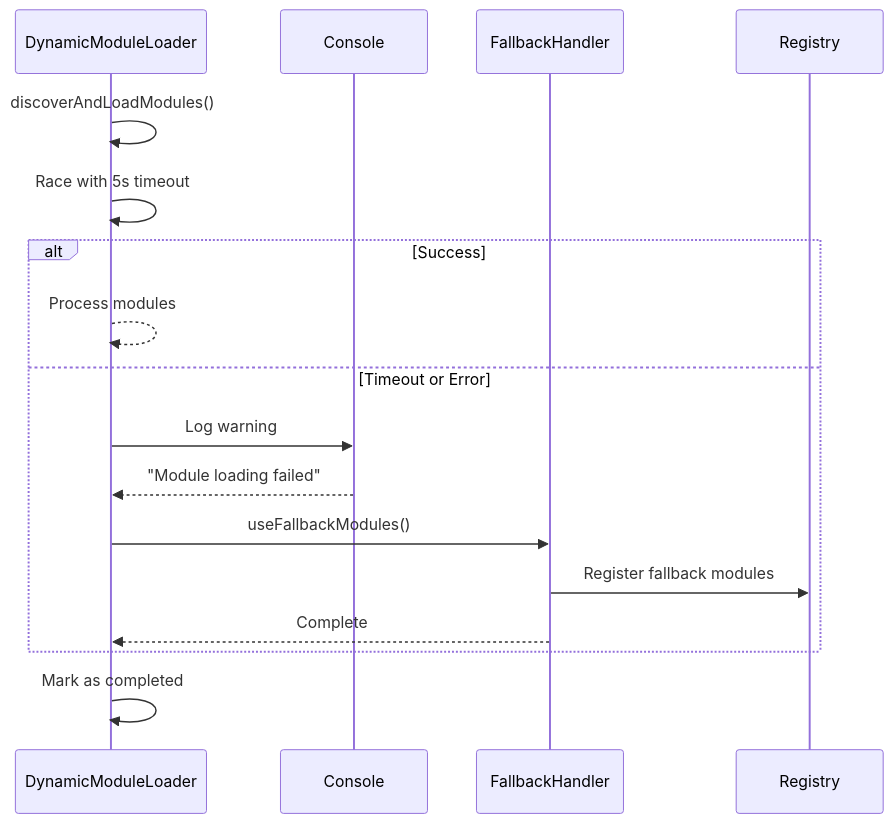
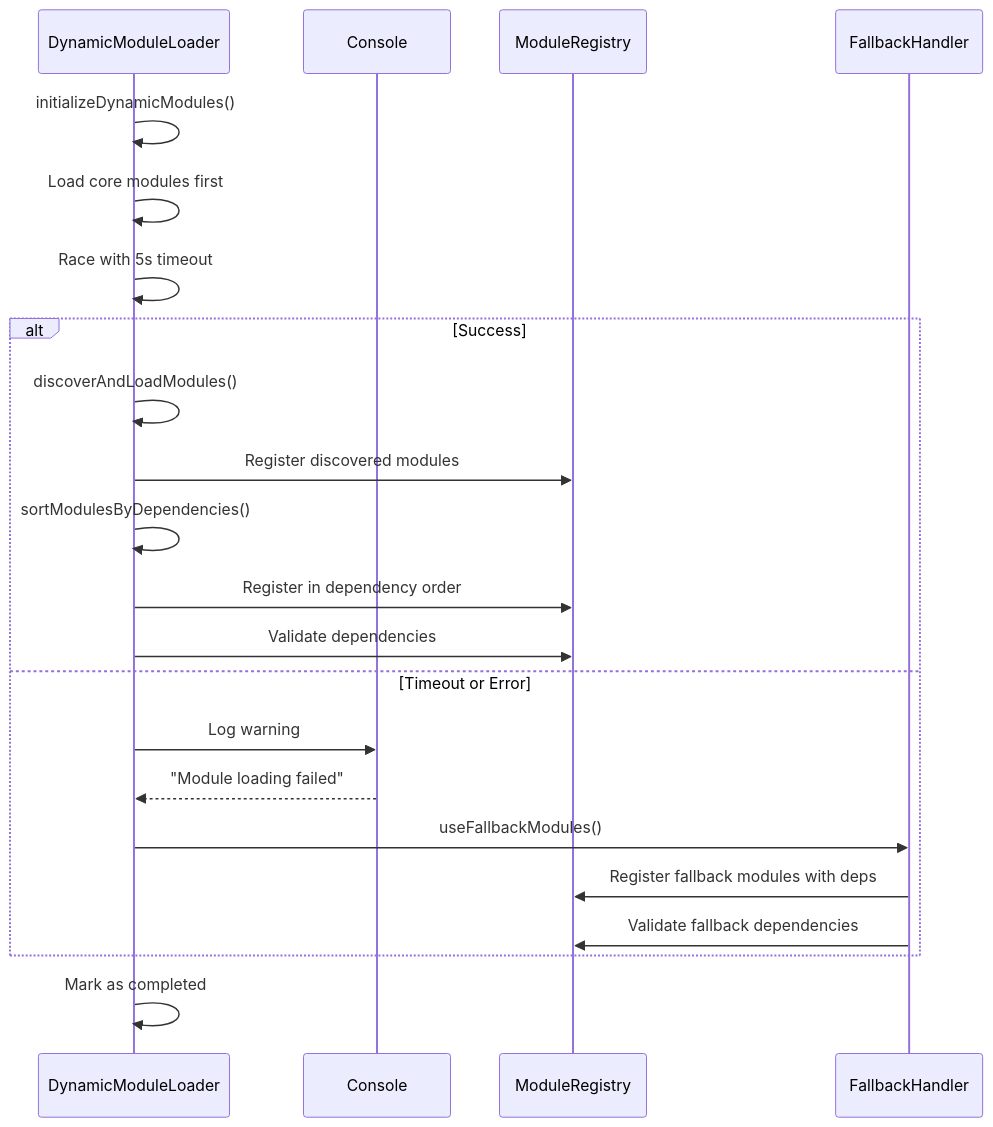
Before and after one commit to geniusdynamics/schoolpilot: the eighth of 8 diagrams in .qoder/repowiki/en/content/Architecture Overview/Modular Architecture/Module System Overview/Dynamic Module Loading.md, drawn with Mermaid. The commit also changed other lines of this file and 760 other files, not shown here.

````diff
--- a/.qoder/repowiki/en/content/Architecture Overview/Modular Architecture/Module System Overview/Dynamic Module Loading.md
+++ b/.qoder/repowiki/en/content/Architecture Overview/Modular Architecture/Module System Overview/Dynamic Module Loading.md
@@ -335,18 +680,24 @@
 ```mermaid
 sequenceDiagram
 participant Loader as DynamicModuleLoader
 participant Console as Console
+participant Registry as ModuleRegistry
 participant Fallback as FallbackHandler
-Loader->>Loader : discoverAndLoadModules()
+Loader->>Loader : initializeDynamicModules()
+Loader->>Loader : Load core modules first
 Loader->>Loader : Race with 5s timeout
 alt Success
-Loader-->>Loader : Process modules
+Loader->>Loader : discoverAndLoadModules()
+Loader->>Registry : Register discovered modules
+Loader->>Loader : sortModulesByDependencies()
+Loader->>Registry : Register in dependency order
+Loader->>Registry : Validate dependencies
 else Timeout or Error
 Loader->>Console : Log warning
 Console-->>Loader : "Module loading failed"
 Loader->>Fallback : useFallbackModules()
-Fallback->>Registry : Register fallback modules
-Fallback-->>Loader : Complete
+Fallback->>Registry : Register fallback modules with deps
+Fallback->>Registry : Validate fallback dependencies
 end
 Loader->>Loader : Mark as completed
 ```
````
